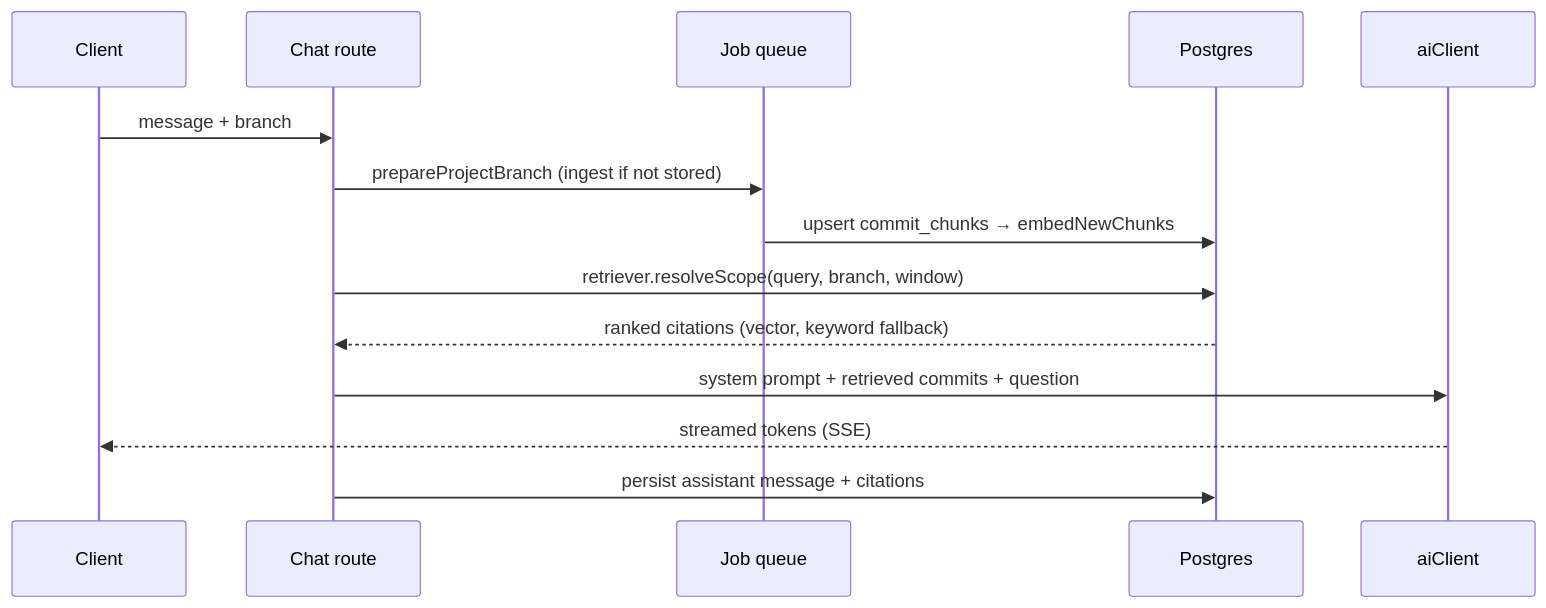
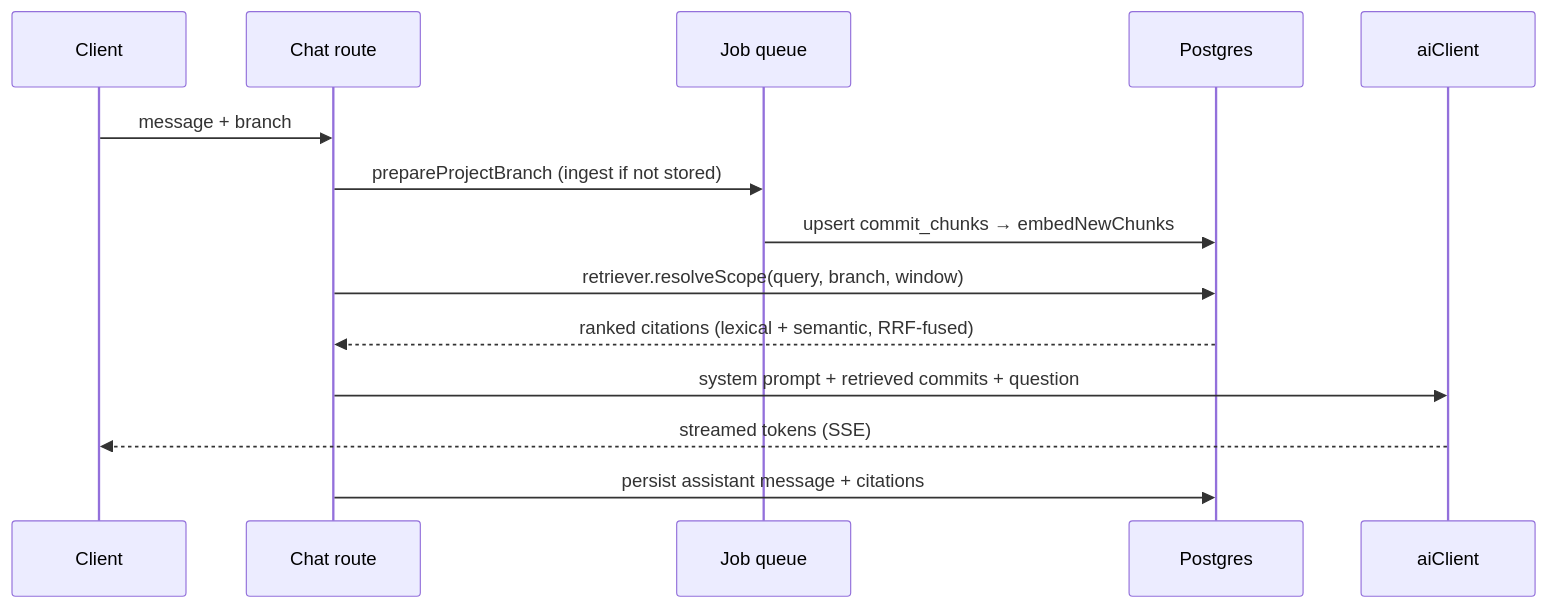
The second of 5 diagrams in docs/architecture.md (franciscoluna-28/Scrapecat), drawn with Mermaid before and after one commit. The commit also changed other lines of this file and 8 other files, not shown here.

First line of the commit message:
docs: sync architecture and roadmap with shipped features

````diff
--- a/docs/architecture.md
+++ b/docs/architecture.md
@@ -48,17 +48,17 @@
 ```mermaid
 sequenceDiagram
     participant C as Client
     participant API as Chat route
     participant Q as Job queue
     participant DB as Postgres
     participant LLM as aiClient
 
     C->>API: message + branch
     API->>Q: prepareProjectBranch (ingest if not stored)
     Q->>DB: upsert commit_chunks → embedNewChunks
     API->>DB: retriever.resolveScope(query, branch, window)
-    DB-->>API: ranked citations (vector, keyword fallback)
+    DB-->>API: ranked citations (lexical + semantic, RRF-fused)
     API->>LLM: system prompt + retrieved commits + question
     LLM-->>C: streamed tokens (SSE)
     API->>DB: persist assistant message + citations
 ```
````
